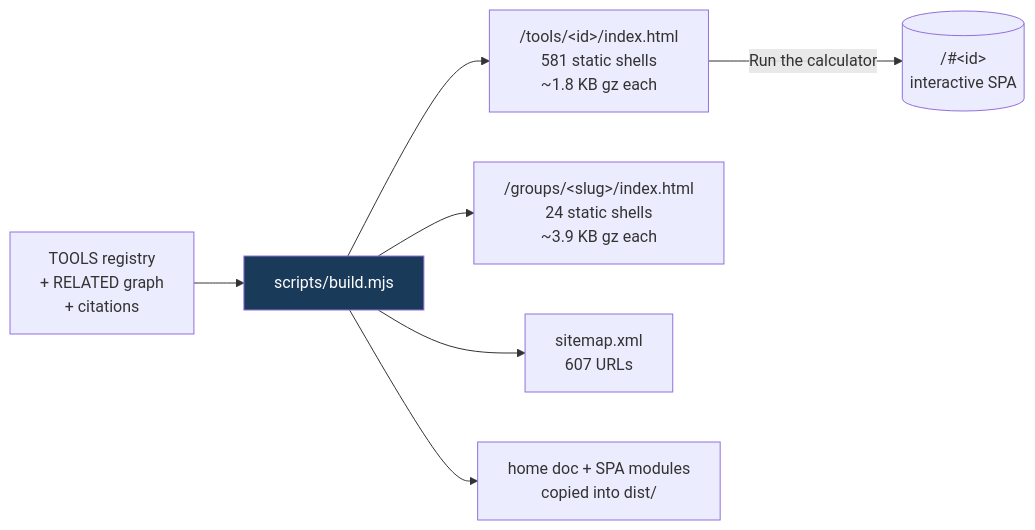
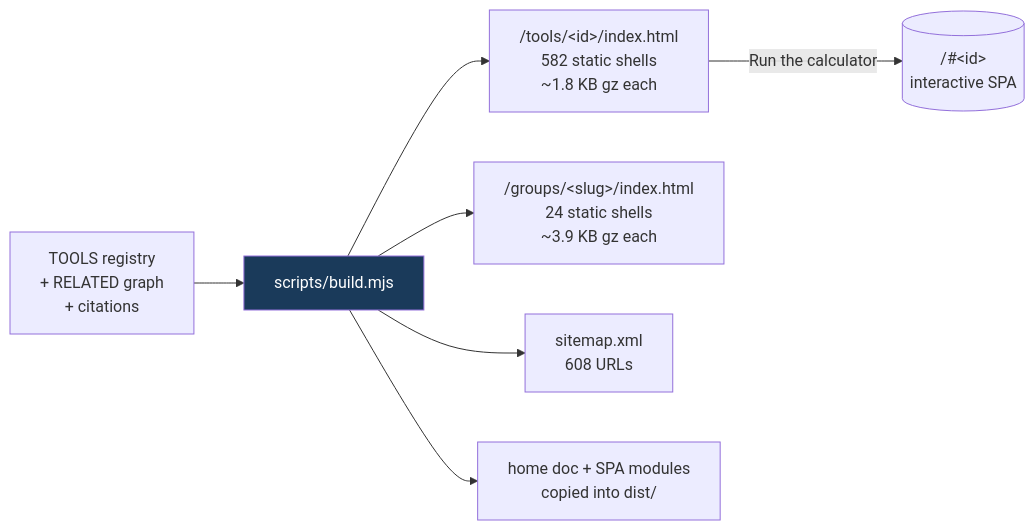
Before and after one commit to clay-good/roughlogic.com: the fourth of 7 diagrams in README.md, drawn with Mermaid. The commit also changed other lines of this file and 15 other files, not shown here.

````diff
--- a/README.md
+++ b/README.md
@@ -312,10 +312,10 @@
 ```mermaid
 flowchart LR
     SRC[TOOLS registry\n+ RELATED graph\n+ citations] --> BUILD[scripts/build.mjs]
-    BUILD --> TILE["/tools/&lt;id&gt;/index.html\n581 static shells\n~1.8 KB gz each"]
+    BUILD --> TILE["/tools/&lt;id&gt;/index.html\n582 static shells\n~1.8 KB gz each"]
     BUILD --> GROUP["/groups/&lt;slug&gt;/index.html\n24 static shells\n~3.9 KB gz each"]
-    BUILD --> MAP["sitemap.xml\n607 URLs"]
+    BUILD --> MAP["sitemap.xml\n608 URLs"]
     BUILD --> COPY[home doc + SPA modules\ncopied into dist/]
     TILE -->|Run the calculator| SPA[("/#&lt;id&gt;\ninteractive SPA")]
     style BUILD fill:#1a3a5a,color:#fff
 ```
````
